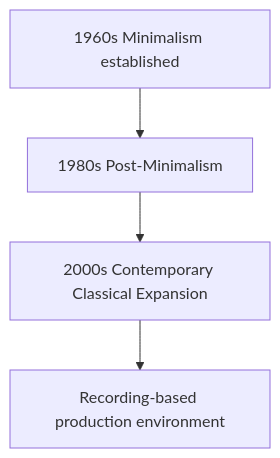
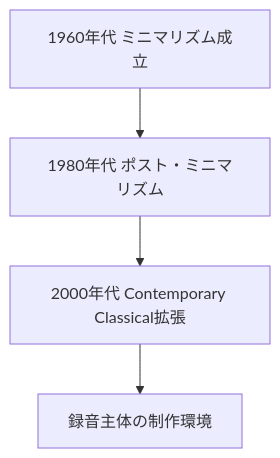
One commit to monumental-movement/monumental-movement.github.io changed the first of 2 diagrams in en/_posts/2026-01-08-column-contemporary-classical-neo-minimalism.md. Above: the diagram before and after it, drawn with Mermaid. The commit also changed other lines of this file and 2196 other files, not shown here.

```diff
--- a/en/_posts/2026-01-08-column-contemporary-classical-neo-minimalism.md
+++ b/en/_posts/2026-01-08-column-contemporary-classical-neo-minimalism.md
@@ -204,6 +203,6 @@
 <div class="mermaid">
 flowchart TD
-    A[1960s Minimalism established] --> B[1980s Post-Minimalism]
-    B --> C[2000s Contemporary Classical Expansion]
-    C --> D[Recording-based production environment]
+    A[1960年代 ミニマリズム成立] --> B[1980年代 ポスト・ミニマリズム]
+    B --> C[2000年代 Contemporary Classical拡張]
+    C --> D[録音主体の制作環境]
 </div>
```
